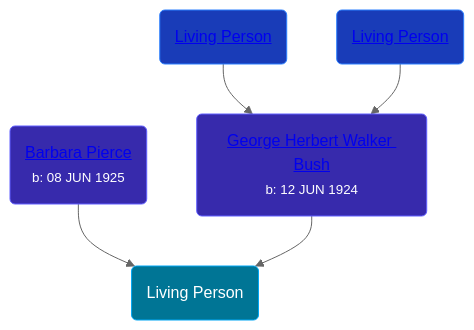
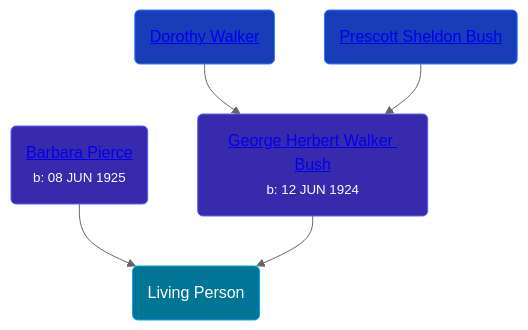
The diagram in pages/people/2/29497980.md (wpmgotkh/wpmgotkh.github.io), drawn with Mermaid (neutral theme) before and after one commit. The commit also changed 586 other files, not shown here.

Commit message:
feat: better shouldConsiderPersonLiving algo

````diff
--- a/pages/people/2/29497980.md
+++ b/pages/people/2/29497980.md
@@ -10,11 +10,11 @@
 ```mermaid
 graph
 classDef grands fill:#193cb8,stroke:#2b7fff,stroke-width:1px,color:#fff;
 classDef parents fill:#372aac,stroke:#615fff,stroke-width:1px,color:#fff;
 classDef primary fill:#007595,stroke:#00a6f4,stroke-width:1px,color:#fff;
 29497980(Living Person):::primary
 53323331(<a class="text-white" href="/people/5/53323331">Barbara Pierce</a><br /><small>b: 08 JUN 1925</small>):::parents-->29497980
 89339690(<a class="text-white" href="/people/8/89339690">George Herbert Walker Bush</a><br /><small>b: 12 JUN 1924</small>):::parents-->29497980
-1014824(<a class="text-white" href="/people/1/1014824">Living Person</a>):::grands-->89339690
-99501197(<a class="text-white" href="/people/9/99501197">Living Person</a>):::grands-->89339690
+1014824(<a class="text-white" href="/people/1/1014824">Dorothy Walker</a>):::grands-->89339690
+99501197(<a class="text-white" href="/people/9/99501197">Prescott Sheldon Bush</a>):::grands-->89339690
 ```
````
